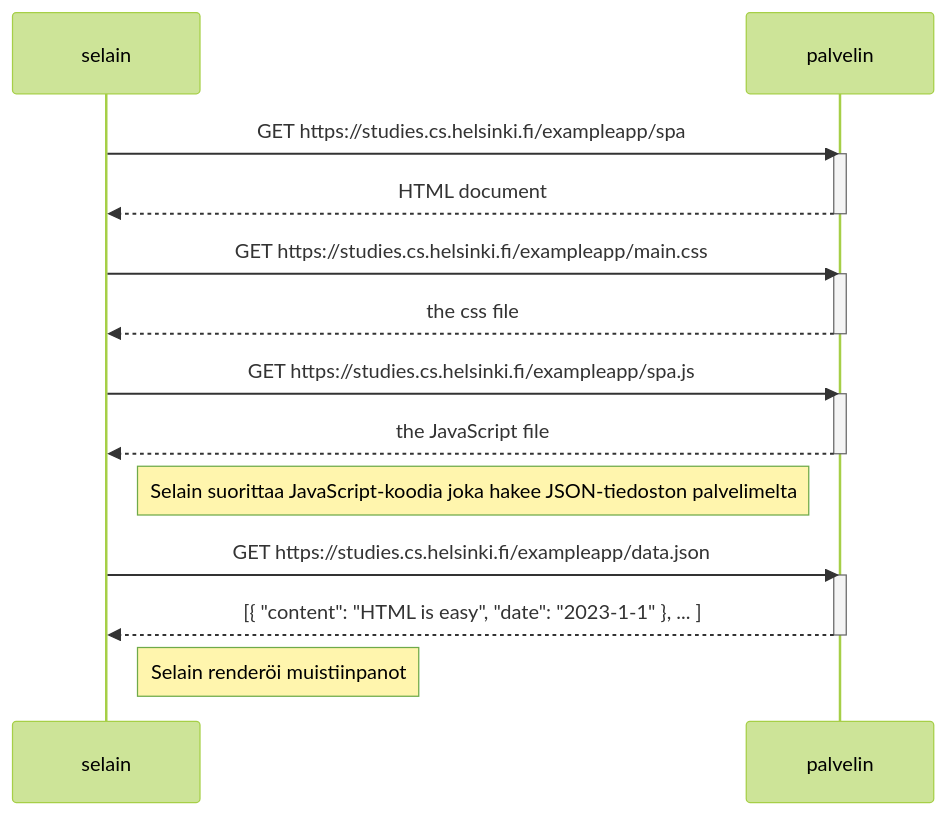
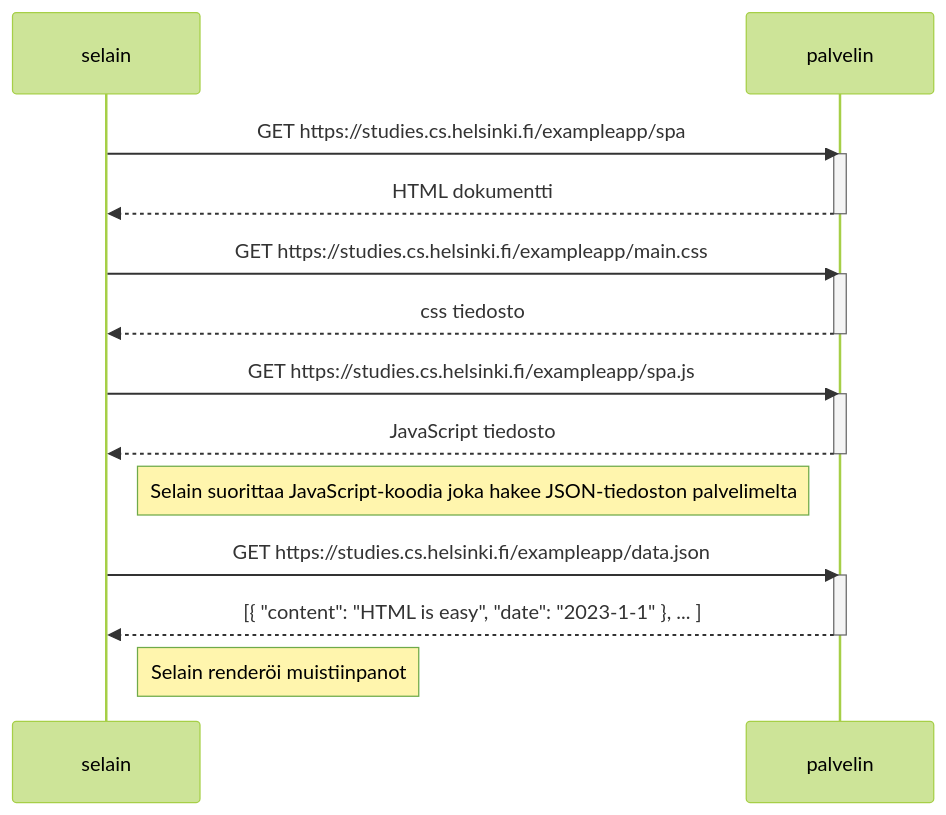
Before and after one commit to Sam0ni/HY-fullstack-palautus: the diagram in osa0/05.md, drawn with Mermaid (forest theme).

````diff
--- a/osa0/05.md
+++ b/osa0/05.md
@@ -1,29 +1,29 @@
 ```mermaid
 sequenceDiagram
     participant selain
     participant palvelin
 
     selain->>palvelin: GET https://studies.cs.helsinki.fi/exampleapp/spa
     activate palvelin
-    palvelin-->>selain: HTML document
+    palvelin-->>selain: HTML dokumentti
     deactivate palvelin
     
     selain->>palvelin: GET https://studies.cs.helsinki.fi/exampleapp/main.css
     activate palvelin
-    palvelin-->>selain: the css file
+    palvelin-->>selain: css tiedosto
     deactivate palvelin
     
     selain->>palvelin: GET https://studies.cs.helsinki.fi/exampleapp/spa.js
     activate palvelin
-    palvelin-->>selain: the JavaScript file
+    palvelin-->>selain: JavaScript tiedosto
     deactivate palvelin
     
     Note right of selain: Selain suorittaa JavaScript-koodia joka hakee JSON-tiedoston palvelimelta
     
     selain->>palvelin: GET https://studies.cs.helsinki.fi/exampleapp/data.json
     activate palvelin
     palvelin-->>selain: [{ "content": "HTML is easy", "date": "2023-1-1" }, ... ]
     deactivate palvelin    
 
     Note right of selain: Selain renderöi muistiinpanot
 ```
````
